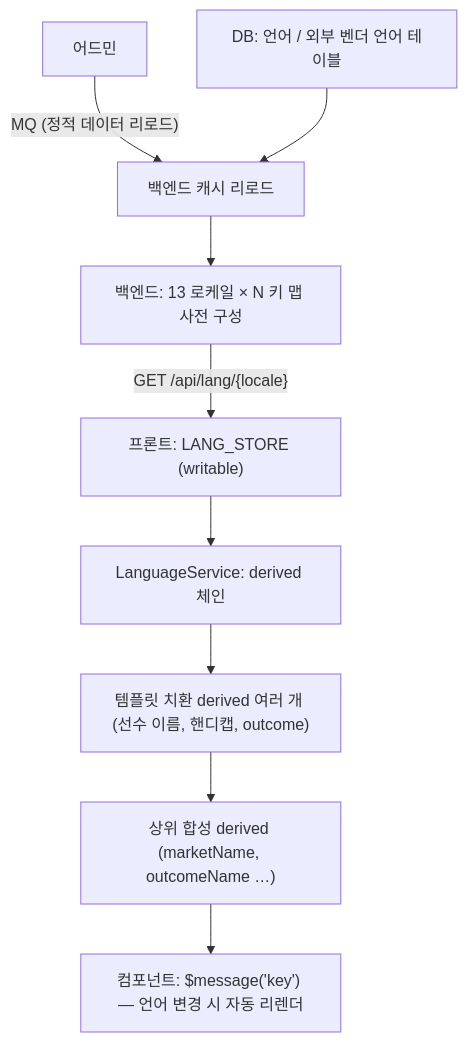
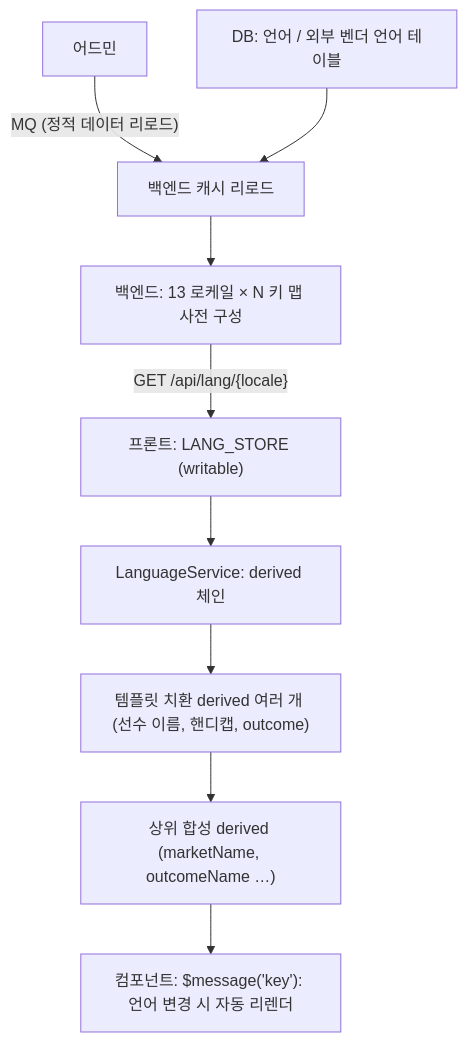
One commit to jon890/fos-study changed the diagram in task/sb-dev-team/i18n-system.md. Above: the diagram before and after it, drawn with Mermaid. The commit also changed other lines of this file and 9 other files, not shown here.

````diff
--- a/task/sb-dev-team/i18n-system.md
+++ b/task/sb-dev-team/i18n-system.md
@@ -29,11 +29,11 @@
 ```mermaid
 flowchart TD
     A[어드민] -->|"MQ (정적 데이터 리로드)"| B[백엔드 캐시 리로드]
     C["DB: 언어 / 외부 벤더 언어 테이블"] --> B
     B --> D["백엔드: 13 로케일 × N 키 맵 사전 구성"]
     D -->|"GET /api/lang/{locale}"| E["프론트: LANG_STORE (writable)"]
     E --> F["LanguageService: derived 체인"]
     F --> G["템플릿 치환 derived 여러 개 (선수 이름, 핸디캡, outcome)"]
     G --> H["상위 합성 derived (marketName, outcomeName …)"]
-    H --> I["컴포넌트: $message('key') — 언어 변경 시 자동 리렌더"]
+    H --> I["컴포넌트: $message('key'): 언어 변경 시 자동 리렌더"]
 ```
````
